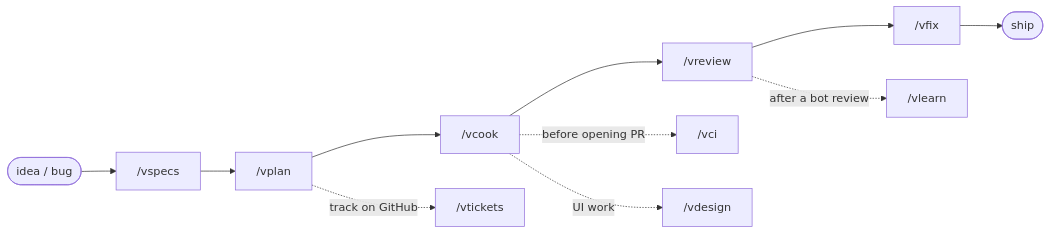
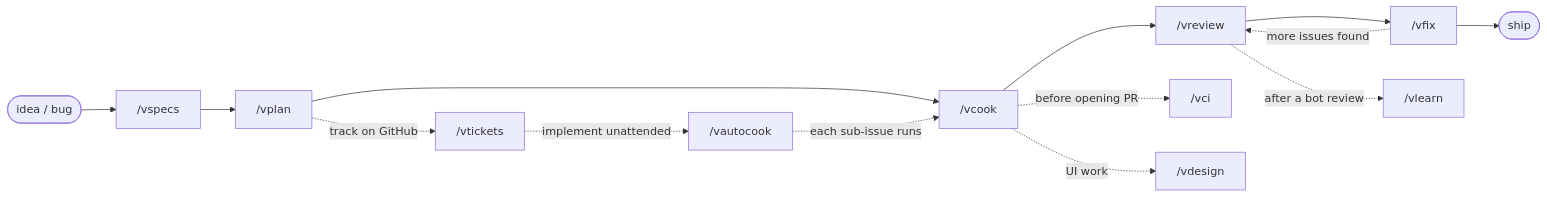
Before and after one commit to vyvu99/vskills: the diagram in README.md, drawn with Mermaid. The commit also changed other lines of this file and 11 other files, not shown here.

First line of the commit message:
feat: add vautocook skill for unattended epic implementation

````diff
--- a/README.md
+++ b/README.md
@@ -26,14 +41,17 @@
 ```mermaid
 flowchart LR
     idea(["idea / bug"]) --> specs["/vspecs"]
     specs --> plan["/vplan"]
     plan --> cook["/vcook"]
     cook --> review["/vreview"]
     review --> fix["/vfix"]
+    fix -. more issues found .-> review
     fix --> ship(["ship"])
 
-    plan -. track on GitHub .-> issues["/vtickets"]
-    cook -. before opening PR .-> check["/vci"]
+    plan -. track on GitHub .-> tickets["/vtickets"]
+    tickets -. implement unattended .-> auto["/vautocook"]
+    auto -. each sub-issue runs .-> cook
+    cook -. before opening PR .-> ci["/vci"]
     cook -. UI work .-> design["/vdesign"]
-    review -. after a bot review .-> rules["/vlearn"]
+    review -. after a bot review .-> learn["/vlearn"]
 ```
````
